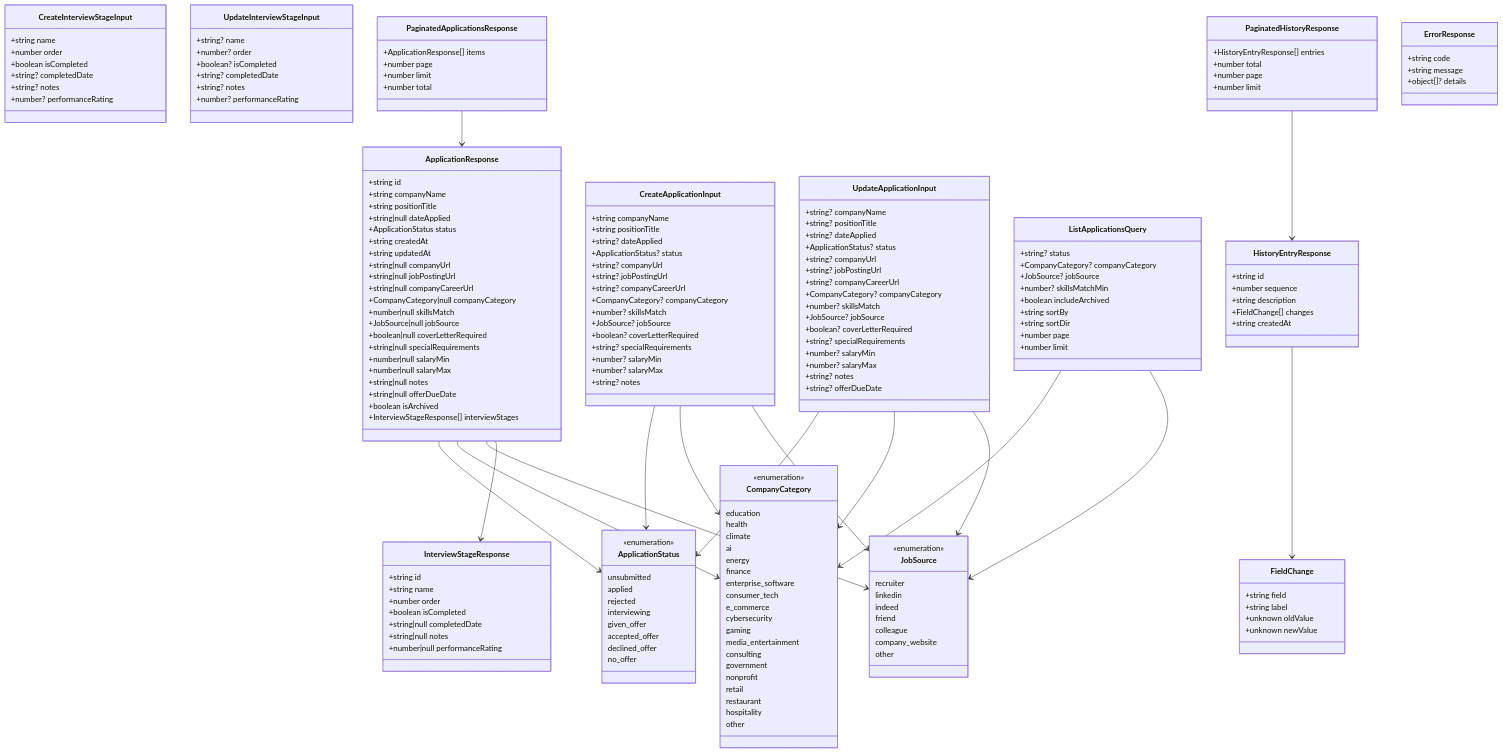
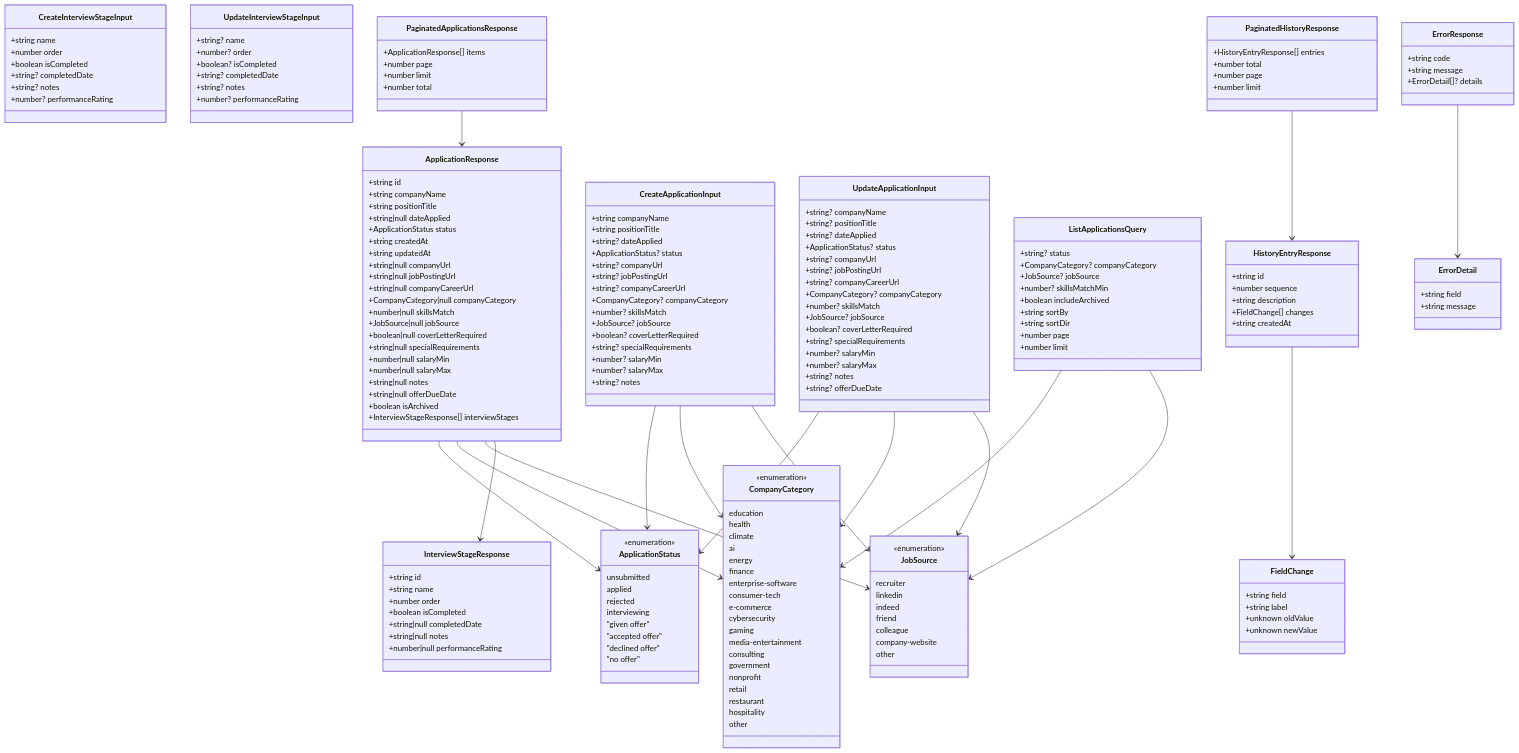
One commit to WhatIfWeDigDeeper/application-tracker changed the diagram in docs/types/lambda-api/api.mermaid. Above: the diagram before and after it, drawn with Mermaid. The commit also changed 1 other file, not shown here.

Commit message:
Address Copilot review feedback on lambda-api diagrams
- Use actual API wire values in api.mermaid enums: spaces for
  ApplicationStatus (e.g. "given offer"), hyphens for CompanyCategory
  (e.g. enterprise-software) and JobSource (e.g. company-website)
- Add ErrorDetail class to model the {field, message} shape of
  ErrorResponse.details, with ErrorResponse --> ErrorDetail relationship
- Revert snapshot attribute type from string to map in erDiagram,
  accurately reflecting DynamoDB Map storage
- Extend blockquote note to explain that 0or1 is a Mermaid-safe
  placeholder for 0|1 (pipe not allowed in quoted annotations)

```diff
--- a/docs/types/lambda-api/api.mermaid
+++ b/docs/types/lambda-api/api.mermaid
@@ -6,10 +6,10 @@
     applied
     rejected
     interviewing
-    given_offer
-    accepted_offer
-    declined_offer
-    no_offer
+    "given offer"
+    "accepted offer"
+    "declined offer"
+    "no offer"
   }
 
   class CompanyCategory {
@@ -20,12 +20,12 @@
     ai
     energy
     finance
-    enterprise_software
-    consumer_tech
-    e_commerce
+    enterprise-software
+    consumer-tech
+    e-commerce
     cybersecurity
     gaming
-    media_entertainment
+    media-entertainment
     consulting
     government
     nonprofit
@@ -42,7 +42,7 @@
     indeed
     friend
     colleague
-    company_website
+    company-website
     other
   }
 
@@ -176,10 +176,15 @@
     +number limit
   }
 
+  class ErrorDetail {
+    +string field
+    +string message
+  }
+
   class ErrorResponse {
     +string code
     +string message
-    +object[]? details
+    +ErrorDetail[]? details
   }
 
   ApplicationResponse --> ApplicationStatus
@@ -197,3 +202,4 @@
   PaginatedApplicationsResponse --> ApplicationResponse
   HistoryEntryResponse --> FieldChange
   PaginatedHistoryResponse --> HistoryEntryResponse
+  ErrorResponse --> ErrorDetail
```
